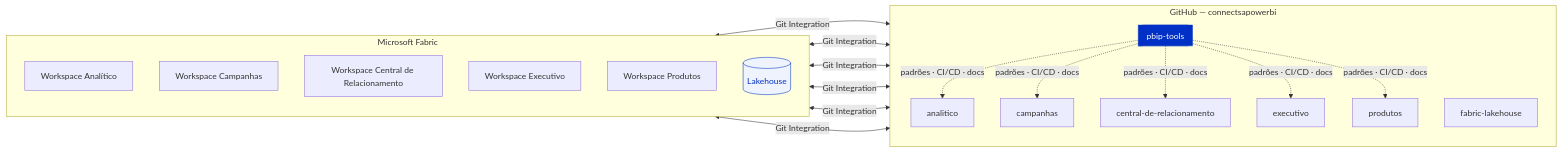
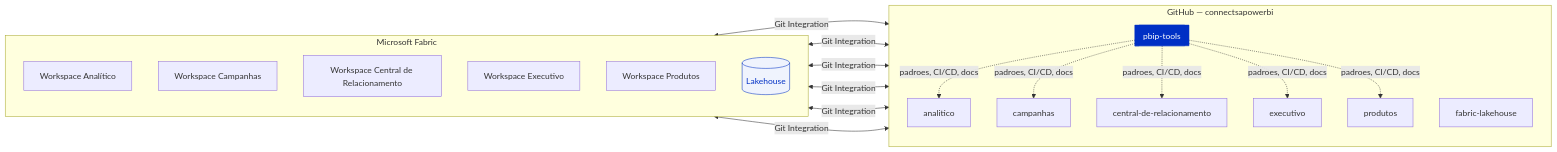
One commit to connectsapowerbi/.github changed the diagram in profile/README.md. Above: the diagram before and after it, drawn with Mermaid.

Commit message:
fix(docs): corrige sintaxe do diagrama mermaid no profile
O rotulo inline em aresta pontilhada (-. texto .->) nao renderizava no
GitHub (erro de lexer). Troca para sintaxe de pipe (-.->|texto|), mais
robusta.

````diff
--- a/profile/README.md
+++ b/profile/README.md
@@ -32,39 +32,39 @@
 ```mermaid
 flowchart LR
     subgraph FABRIC["Microsoft Fabric"]
         direction TB
         WSA["Workspace Analítico"]
         WSC["Workspace Campanhas"]
         WSR["Workspace Central de Relacionamento"]
         WSE["Workspace Executivo"]
         WSP["Workspace Produtos"]
         LH[("Lakehouse")]
     end
 
     subgraph GIT["GitHub — connectsapowerbi"]
         direction TB
         RA["analitico"]
         RC["campanhas"]
         RR["central-de-relacionamento"]
         RE["executivo"]
         RP["produtos"]
         RL["fabric-lakehouse"]
         RT[["pbip-tools"]]
     end
 
     WSA <-->|Git Integration| RA
     WSC <-->|Git Integration| RC
     WSR <-->|Git Integration| RR
     WSE <-->|Git Integration| RE
     WSP <-->|Git Integration| RP
     LH <-->|Git Integration| RL
 
-    RT -. padrões · CI/CD · docs .-> RA
-    RT -. padrões · CI/CD · docs .-> RC
-    RT -. padrões · CI/CD · docs .-> RR
-    RT -. padrões · CI/CD · docs .-> RE
-    RT -. padrões · CI/CD · docs .-> RP
+    RT -.->|padroes, CI/CD, docs| RA
+    RT -.->|padroes, CI/CD, docs| RC
+    RT -.->|padroes, CI/CD, docs| RR
+    RT -.->|padroes, CI/CD, docs| RE
+    RT -.->|padroes, CI/CD, docs| RP
 
     style RT fill:#0030C5,color:#ffffff,stroke:#0030C5
     style LH fill:#EFF3FD,color:#0030C5,stroke:#0030C5
 ```
````
